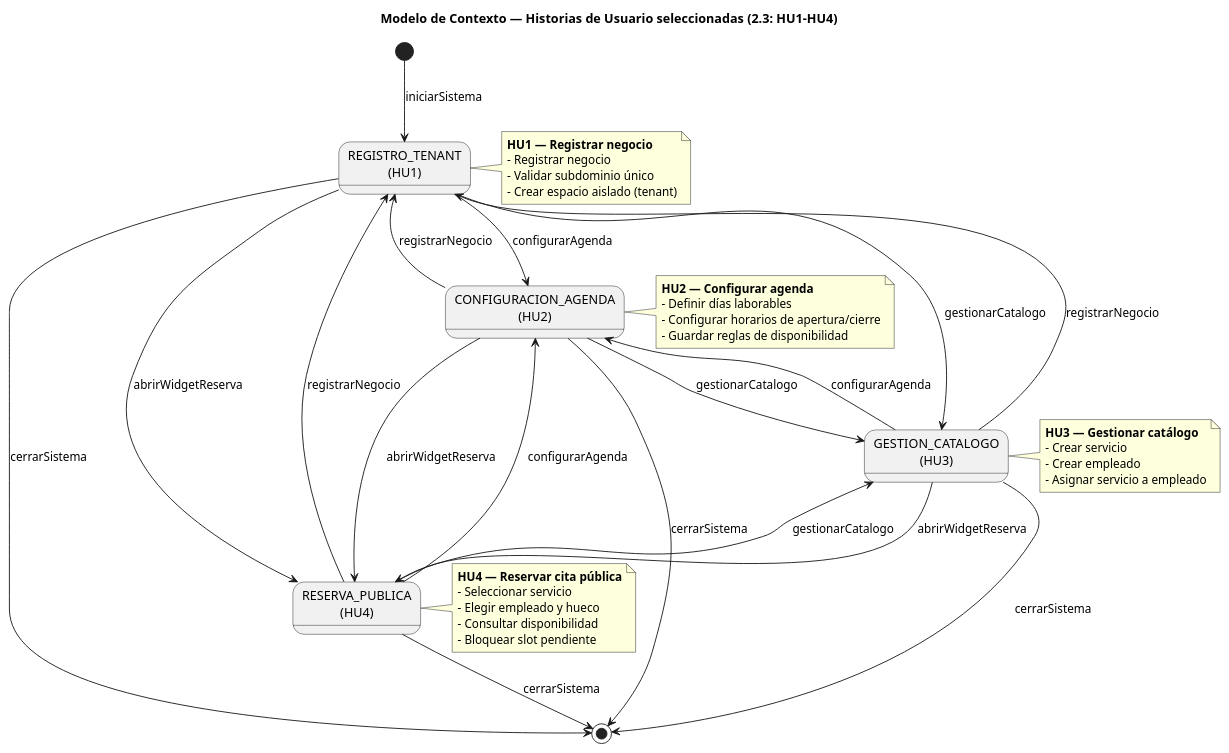
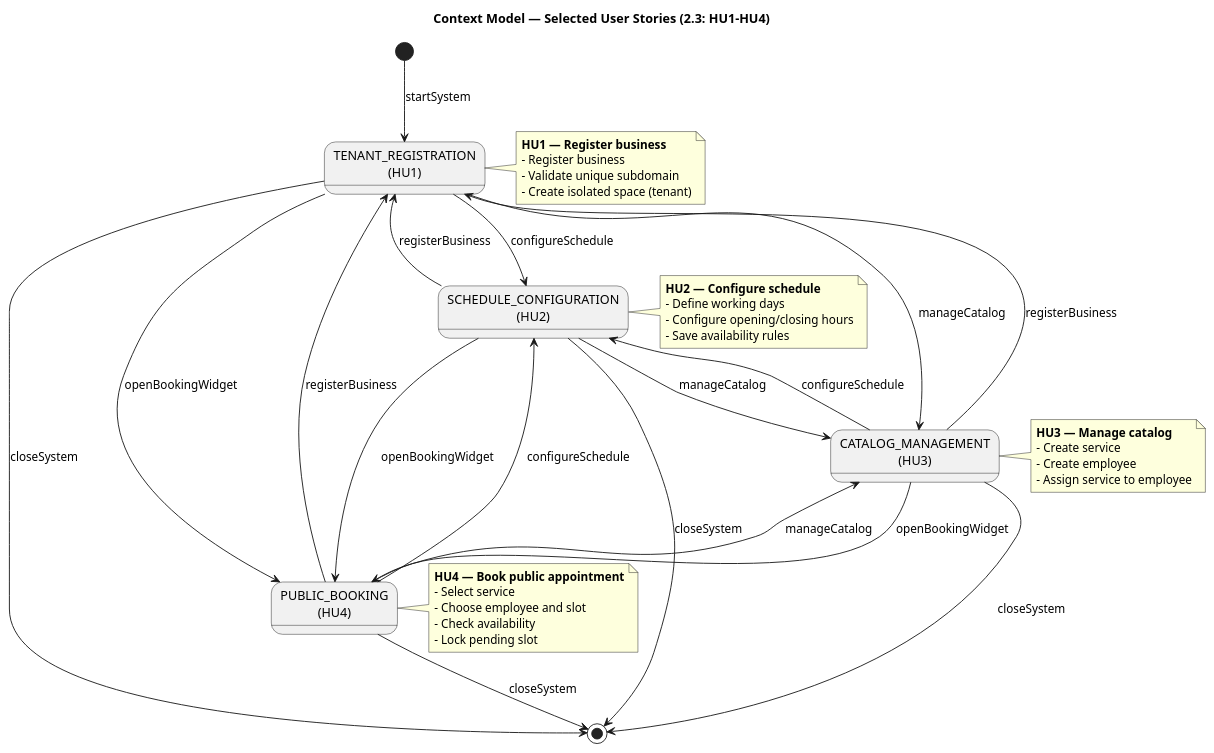
One commit to jose-korvusinc/finalproject-lidr-i4devs changed the diagram in system_architecture/user_stories_view/context-model_selected-user-stories.puml. Above: the diagram before and after it, drawn with PlantUML. The commit also changed 25 other files, not shown here.

Commit message:
Translate names and add analysis class diagram

```diff
--- a/system_architecture/user_stories_view/context-model_selected-user-stories.puml
+++ b/system_architecture/user_stories_view/context-model_selected-user-stories.puml
@@ -1,59 +1,59 @@
 @startuml
-title Modelo de Contexto — Historias de Usuario seleccionadas (2.3: HU1–HU4)
+title Context Model — Selected User Stories (2.3: HU1–HU4)
 
-state "REGISTRO_TENANT\n(HU1)" as registro
-state "CONFIGURACION_AGENDA\n(HU2)" as agenda
-state "GESTION_CATALOGO\n(HU3)" as catalogo
-state "RESERVA_PUBLICA\n(HU4)" as reserva
+state "TENANT_REGISTRATION\n(HU1)" as registration
+state "SCHEDULE_CONFIGURATION\n(HU2)" as schedule
+state "CATALOG_MANAGEMENT\n(HU3)" as catalog
+state "PUBLIC_BOOKING\n(HU4)" as booking
 
-note right of registro
-  **HU1 — Registrar negocio**
-  - Registrar negocio
-  - Validar subdominio único
-  - Crear espacio aislado (tenant)
+note right of registration
+  **HU1 — Register business**
+  - Register business
+  - Validate unique subdomain
+  - Create isolated space (tenant)
 end note
 
-note right of agenda
-  **HU2 — Configurar agenda**
-  - Definir días laborables
-  - Configurar horarios de apertura/cierre
-  - Guardar reglas de disponibilidad
+note right of schedule
+  **HU2 — Configure schedule**
+  - Define working days
+  - Configure opening/closing hours
+  - Save availability rules
 end note
 
-note right of catalogo
-  **HU3 — Gestionar catálogo**
-  - Crear servicio
-  - Crear empleado
-  - Asignar servicio a empleado
+note right of catalog
+  **HU3 — Manage catalog**
+  - Create service
+  - Create employee
+  - Assign service to employee
 end note
 
-note right of reserva
-  **HU4 — Reservar cita pública**
-  - Seleccionar servicio
-  - Elegir empleado y hueco
-  - Consultar disponibilidad
-  - Bloquear slot pendiente
+note right of booking
+  **HU4 — Book public appointment**
+  - Select service
+  - Choose employee and slot
+  - Check availability
+  - Lock pending slot
 end note
 
-[*] --> registro : iniciarSistema
+[*] --> registration : startSystem
 
-registro --> agenda : configurarAgenda
-registro --> catalogo : gestionarCatalogo
-registro --> reserva : abrirWidgetReserva
-registro --> [*] : cerrarSistema
+registration --> schedule : configureSchedule
+registration --> catalog : manageCatalog
+registration --> booking : openBookingWidget
+registration --> [*] : closeSystem
 
-agenda --> catalogo : gestionarCatalogo
-agenda --> reserva : abrirWidgetReserva
-agenda --> registro : registrarNegocio
-agenda --> [*] : cerrarSistema
+schedule --> catalog : manageCatalog
+schedule --> booking : openBookingWidget
+schedule --> registration : registerBusiness
+schedule --> [*] : closeSystem
 
-catalogo --> agenda : configurarAgenda
-catalogo --> reserva : abrirWidgetReserva
-catalogo --> registro : registrarNegocio
-catalogo --> [*] : cerrarSistema
+catalog --> schedule : configureSchedule
+catalog --> booking : openBookingWidget
+catalog --> registration : registerBusiness
+catalog --> [*] : closeSystem
 
-reserva --> agenda : configurarAgenda
-reserva --> catalogo : gestionarCatalogo
-reserva --> registro : registrarNegocio
-reserva --> [*] : cerrarSistema
+booking --> schedule : configureSchedule
+booking --> catalog : manageCatalog
+booking --> registration : registerBusiness
+booking --> [*] : closeSystem
 @enduml
```
